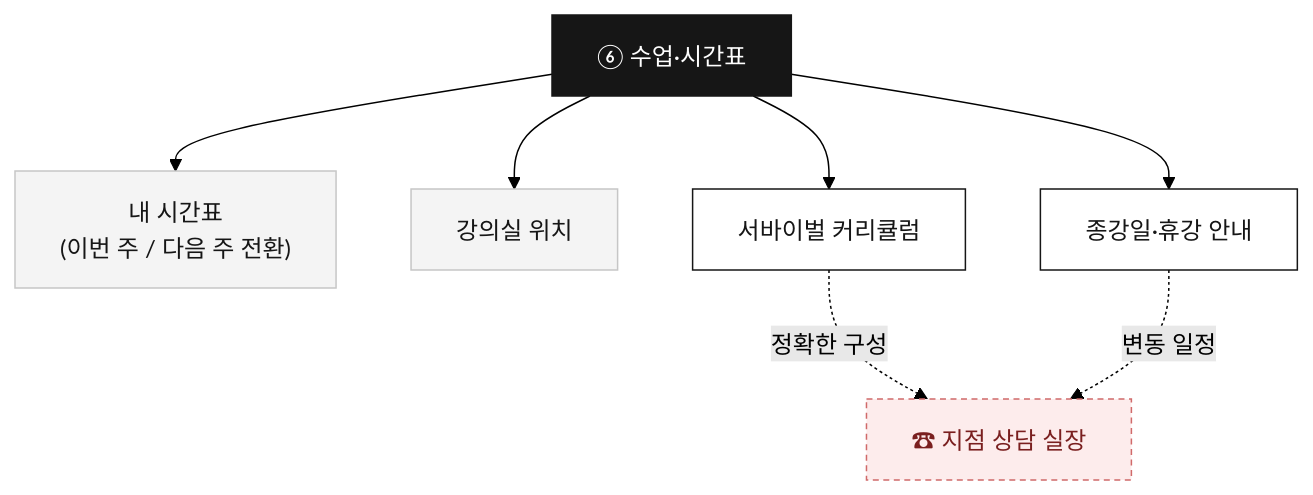
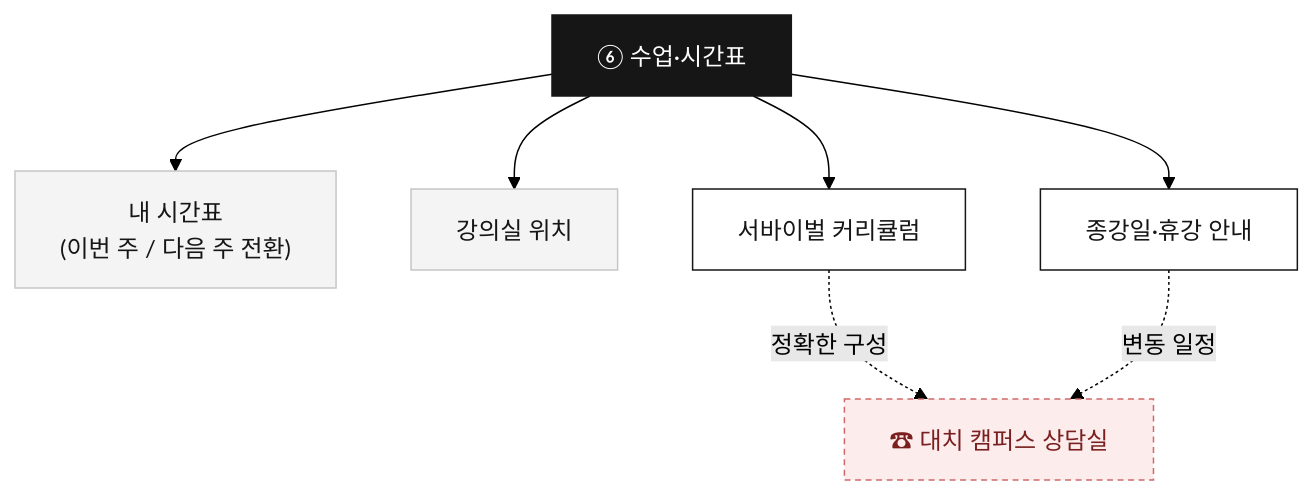
One commit to layr8x/Wiki changed the ninth of 12 diagrams in analysis/myclass-chatbot/SCENARIO_PLAN.md. Above: the diagram before and after it, drawn with Mermaid (forest theme). The commit also changed other lines of this file and 8 other files, not shown here.

````diff
--- a/analysis/myclass-chatbot/SCENARIO_PLAN.md
+++ b/analysis/myclass-chatbot/SCENARIO_PLAN.md
@@ -250,14 +254,14 @@
 ```mermaid
 flowchart TD
   F["⑥ 수업·시간표"]:::menu
   F --> T1["내 시간표<br/>(이번 주 / 다음 주 전환)"]:::card
   F --> T2["강의실 위치"]:::card
   F --> T3["서바이벌 커리큘럼"]:::step
   F --> T4["종강일·휴강 안내"]:::step
-  T3 -.정확한 구성.-> CP["☎ 지점 상담 실장"]:::hand
+  T3 -.정확한 구성.-> CP["☎ 대치 캠퍼스 상담실"]:::hand
   T4 -.변동 일정.-> CP
   classDef menu fill:#161616,color:#ffffff,stroke:#161616;
   classDef step fill:#ffffff,color:#161616,stroke:#161616;
   classDef card fill:#f4f4f4,color:#161616,stroke:#c6c6c6;
   classDef hand fill:#fdecec,color:#7a1f1f,stroke:#d06a6a,stroke-dasharray:4 3;
 ```
````
